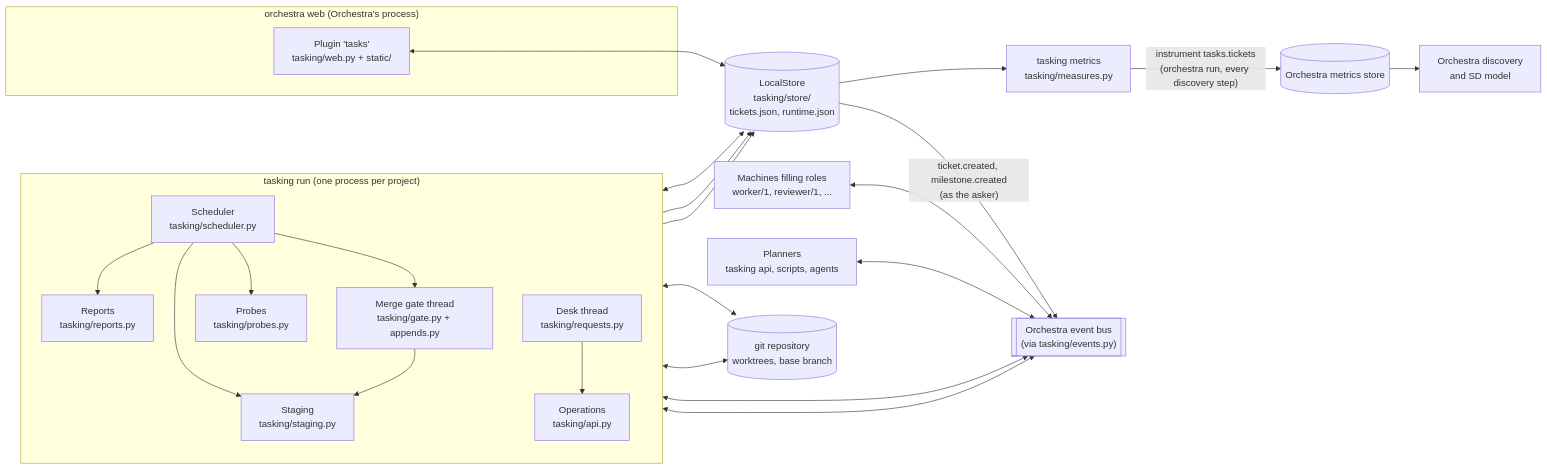
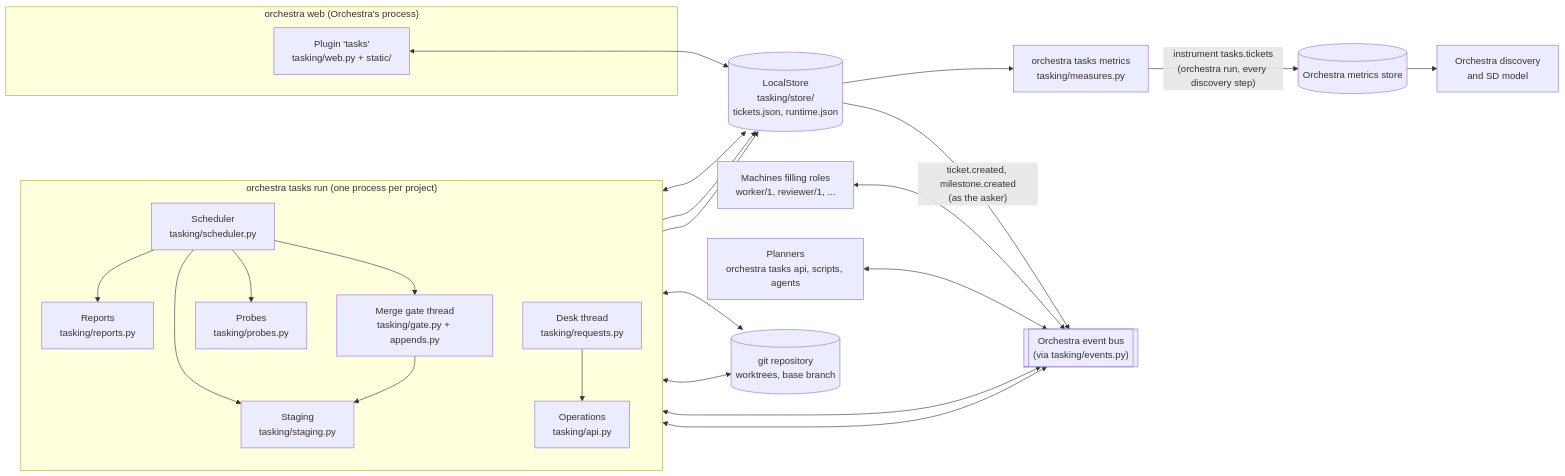
Before and after one commit to danroblewis/orchestra-tasking: the first of 8 diagrams in ARCHITECTURE.md, drawn with Mermaid. The commit also changed other lines of this file and 23 other files, not shown here.

First line of the commit message:
Command line under Orchestra's: `orchestra tasks ...`, no `tasking` script

````diff
--- a/ARCHITECTURE.md
+++ b/ARCHITECTURE.md
@@ -56,45 +56,45 @@
 ```mermaid
 flowchart LR
-    subgraph proc_sched ["tasking run (one process per project)"]
+    subgraph proc_sched ["orchestra tasks run (one process per project)"]
         direction TB
         SCH["Scheduler<br/>tasking/scheduler.py"]
         REP["Reports<br/>tasking/reports.py"]
         DESK["Desk thread<br/>tasking/requests.py"]
         API["Operations<br/>tasking/api.py"]
         GATE["Merge gate thread<br/>tasking/gate.py + appends.py"]
         STG["Staging<br/>tasking/staging.py"]
         PRB["Probes<br/>tasking/probes.py"]
         SCH --> REP
         SCH --> GATE
         SCH --> STG
         SCH --> PRB
         DESK --> API
         GATE --> STG
     end
 
     subgraph proc_web ["orchestra web (Orchestra's process)"]
         WEB["Plugin 'tasks'<br/>tasking/web.py + static/"]
     end
 
     STORE[("LocalStore<br/>tasking/store/<br/>tickets.json, runtime.json")]
-    MEAS["tasking metrics<br/>tasking/measures.py"]
+    MEAS["orchestra tasks metrics<br/>tasking/measures.py"]
     BUS[["Orchestra event bus<br/>(via tasking/events.py)"]]
     METRICS[("Orchestra metrics store")]
     MODEL["Orchestra discovery<br/>and SD model"]
     MACH["Machines filling roles<br/>worker/1, reviewer/1, ..."]
-    PLAN["Planners<br/>tasking api, scripts, agents"]
+    PLAN["Planners<br/>orchestra tasks api, scripts, agents"]
     GIT[("git repository<br/>worktrees, base branch")]
 
     SCH <--> STORE
     REP --> STORE
     API --> STORE
     WEB <--> STORE
     STORE --> MEAS -- "instrument tasks.tickets<br/>(orchestra run, every discovery step)" --> METRICS --> MODEL
     SCH <--> BUS
     DESK <--> BUS
     STORE -- "ticket.created, milestone.created<br/>(as the asker)" --> BUS
     MACH <--> BUS
     PLAN <--> BUS
     GATE <--> GIT
     SCH <--> GIT
 ```
````
